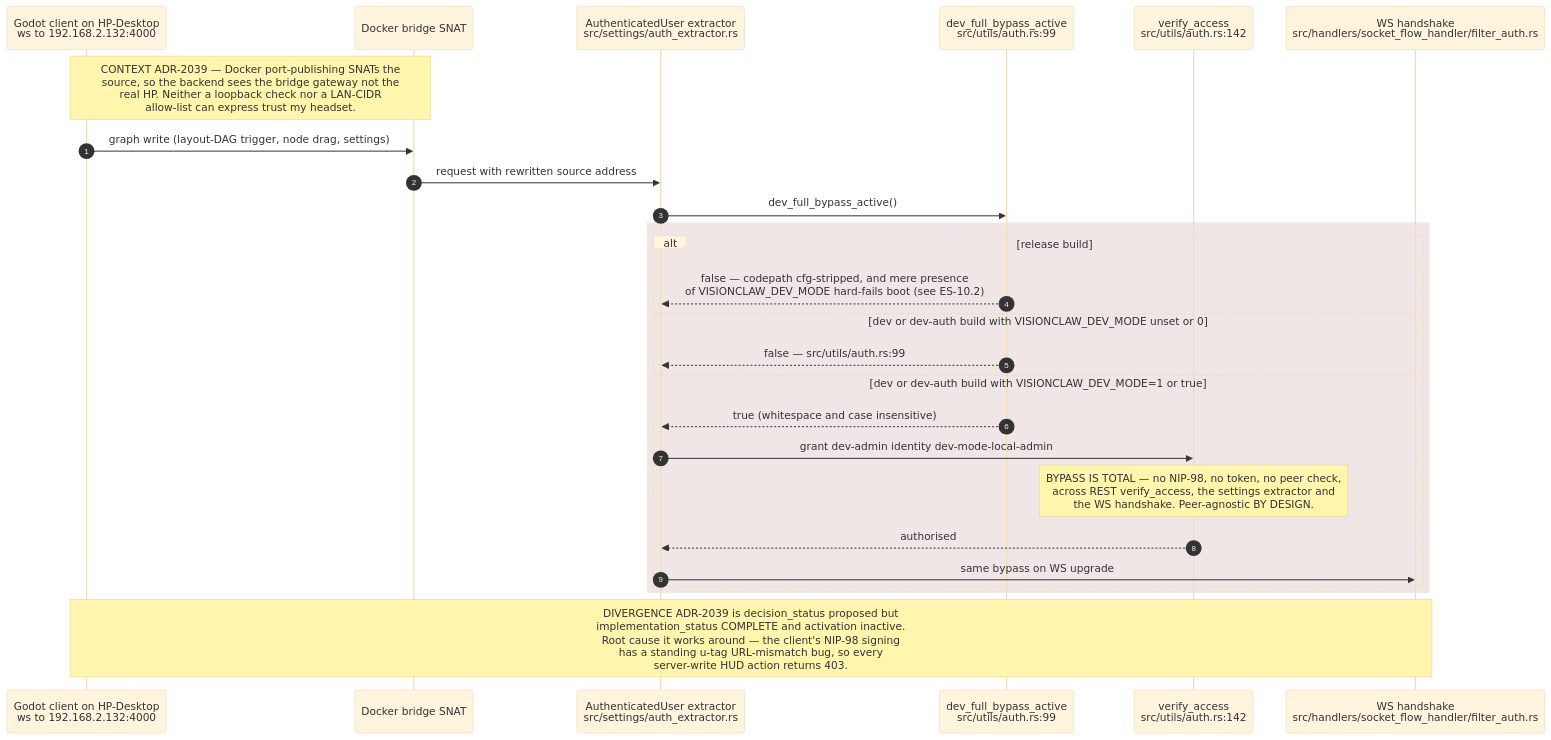
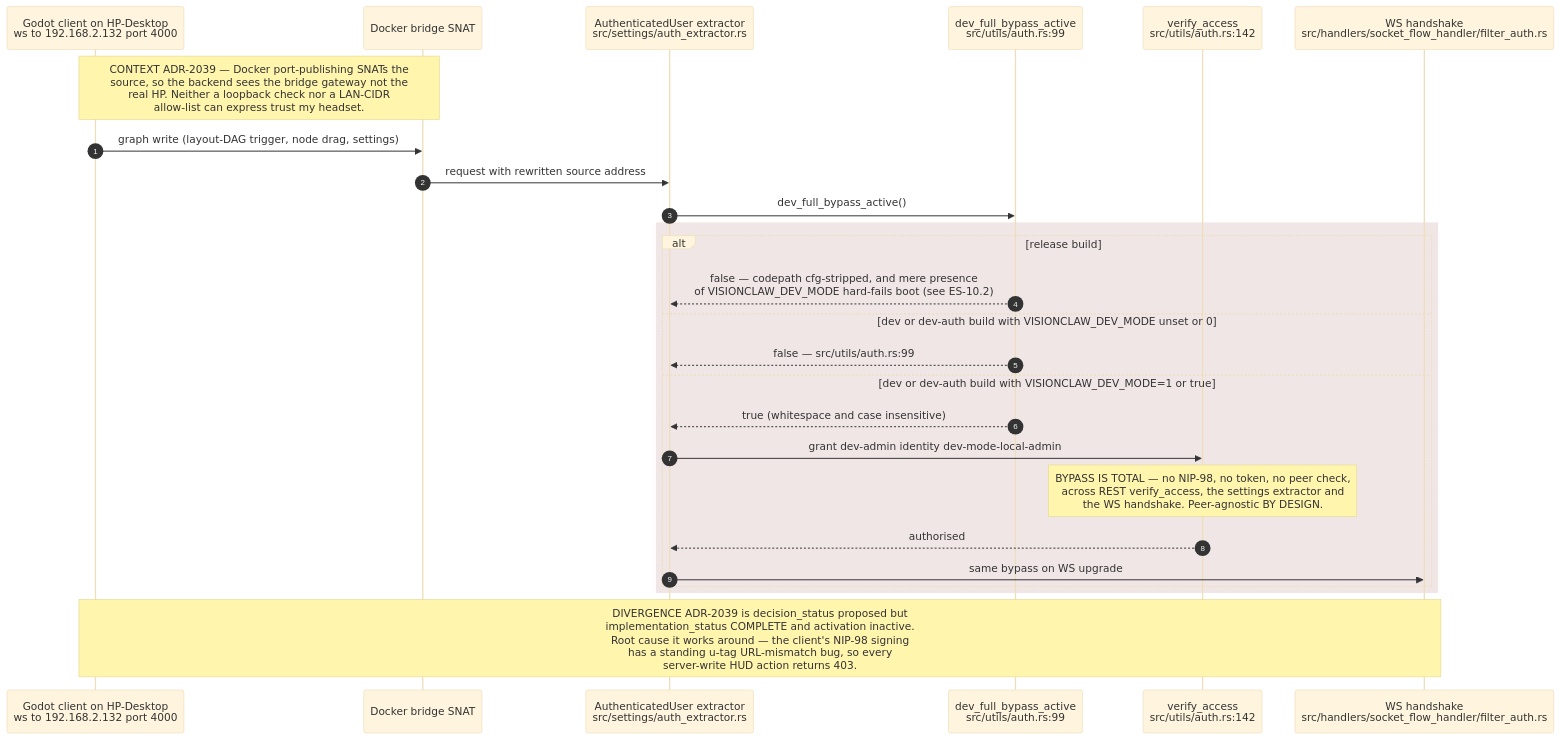
The sixth of 10 diagrams in docs/diagrams/estate/10-deployment-and-security-profiles.md (DreamLab-AI/VisionFlow), drawn with Mermaid (base theme) before and after one commit. The commit also changed other lines of this file and 51 other files, not shown here.

First line of the commit message:
docs(diagrams): agentbox AB-01..13 re-attested anchor by anchor (980 anchors, 22 defects); checkpoint against an out-of-mesh writer

````diff
--- a/docs/diagrams/estate/10-deployment-and-security-profiles.md
+++ b/docs/diagrams/estate/10-deployment-and-security-profiles.md
@@ -226,29 +226,29 @@
 ```mermaid
 sequenceDiagram
     autonumber
-    participant HP as Godot client on HP-Desktop<br/>ws to 192.168.2.132:4000
+    participant HP as Godot client on HP-Desktop<br/>ws to 192.168.2.132 port 4000
     participant DK as Docker bridge SNAT
     participant AX as AuthenticatedUser extractor<br/>src/settings/auth_extractor.rs
     participant DB as dev_full_bypass_active<br/>src/utils/auth.rs:99
     participant VA as verify_access<br/>src/utils/auth.rs:142
     participant WS as WS handshake<br/>src/handlers/socket_flow_handler/filter_auth.rs
 
     Note over HP,DK: CONTEXT ADR-2039 — Docker port-publishing SNATs the<br/>source, so the backend sees the bridge gateway not the<br/>real HP. Neither a loopback check nor a LAN-CIDR<br/>allow-list can express trust my headset.
     HP->>DK: graph write (layout-DAG trigger, node drag, settings)
     DK->>AX: request with rewritten source address
     AX->>DB: dev_full_bypass_active()
     rect rgb(240,230,230)
     alt release build
         DB-->>AX: false — codepath cfg-stripped, and mere presence<br/>of VISIONCLAW_DEV_MODE hard-fails boot (see ES-10.2)
     else dev or dev-auth build with VISIONCLAW_DEV_MODE unset or 0
         DB-->>AX: false — src/utils/auth.rs:99
     else dev or dev-auth build with VISIONCLAW_DEV_MODE=1 or true
         DB-->>AX: true (whitespace and case insensitive)
         AX->>VA: grant dev-admin identity dev-mode-local-admin
         Note over VA: BYPASS IS TOTAL — no NIP-98, no token, no peer check,<br/>across REST verify_access, the settings extractor and<br/>the WS handshake. Peer-agnostic BY DESIGN.
         VA-->>AX: authorised
         AX->>WS: same bypass on WS upgrade
     end
     end
     Note over HP,WS: DIVERGENCE ADR-2039 is decision_status proposed but<br/>implementation_status COMPLETE and activation inactive.<br/>Root cause it works around — the client's NIP-98 signing<br/>has a standing u-tag URL-mismatch bug, so every<br/>server-write HUD action returns 403.
 ```
````
